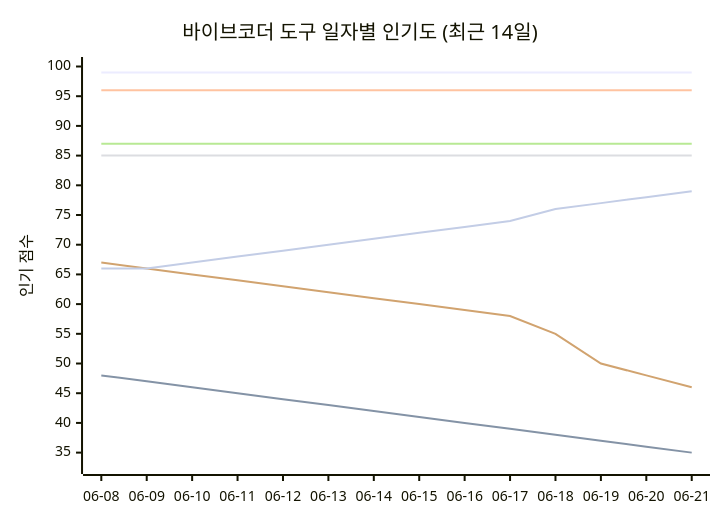
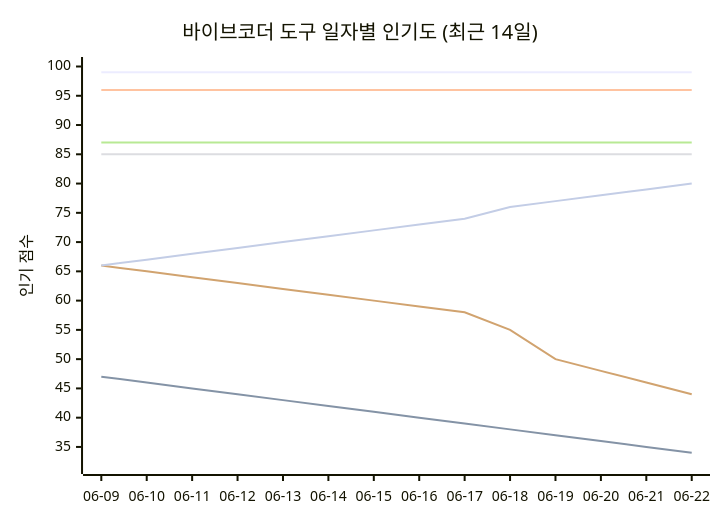
One commit to tykimos/ai-whatchelin changed the seventh of 11 diagrams in README_ko.md. Above: the diagram before and after it, drawn with Mermaid. The commit also changed other lines of this file and 4 other files, not shown here.

````diff
--- a/README_ko.md
+++ b/README_ko.md
@@ -1655,13 +1665,13 @@
 ```mermaid
 xychart-beta
     title "바이브코더 도구 일자별 인기도 (최근 14일)"
-    x-axis ["06-08", "06-09", "06-10", "06-11", "06-12", "06-13", "06-14", "06-15", "06-16", "06-17", "06-18", "06-19", "06-20", "06-21"]
-    y-axis "인기 점수" 33 --> 100
+    x-axis ["06-09", "06-10", "06-11", "06-12", "06-13", "06-14", "06-15", "06-16", "06-17", "06-18", "06-19", "06-20", "06-21", "06-22"]
+    y-axis "인기 점수" 32 --> 100
     line "Claude Code" [99, 99, 99, 99, 99, 99, 99, 99, 99, 99, 99, 99, 99, 99]
-    line "GH Copilot" [48, 47, 46, 45, 44, 43, 42, 41, 40, 39, 38, 37, 36, 35]
+    line "GH Copilot" [47, 46, 45, 44, 43, 42, 41, 40, 39, 38, 37, 36, 35, 34]
     line "Cursor" [96, 96, 96, 96, 96, 96, 96, 96, 96, 96, 96, 96, 96, 96]
     line "Windsurf" [85, 85, 85, 85, 85, 85, 85, 85, 85, 85, 85, 85, 85, 85]
     line "Codex CLI" [87, 87, 87, 87, 87, 87, 87, 87, 87, 87, 87, 87, 87, 87]
-    line "Gemini CLI" [67, 66, 65, 64, 63, 62, 61, 60, 59, 58, 55, 50, 48, 46]
-    line "Antigravity" [66, 66, 67, 68, 69, 70, 71, 72, 73, 74, 76, 77, 78, 79]
+    line "Gemini CLI" [66, 65, 64, 63, 62, 61, 60, 59, 58, 55, 50, 48, 46, 44]
+    line "Antigravity" [66, 67, 68, 69, 70, 71, 72, 73, 74, 76, 77, 78, 79, 80]
 ```
````
